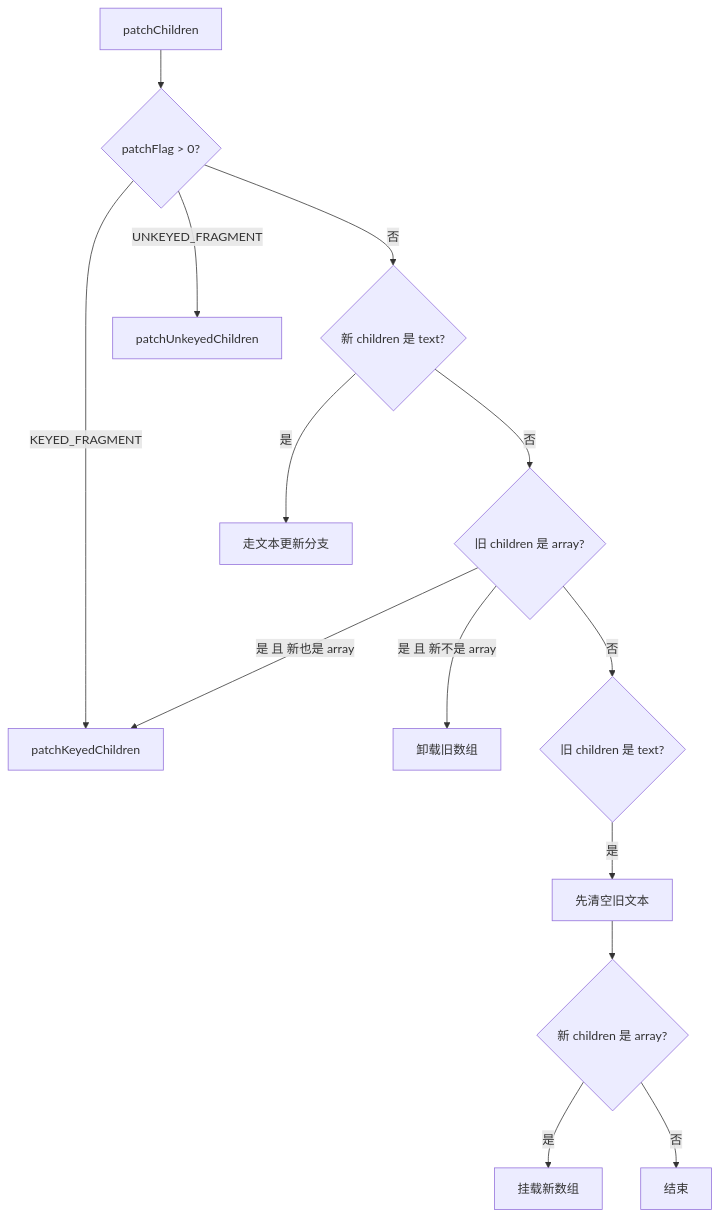
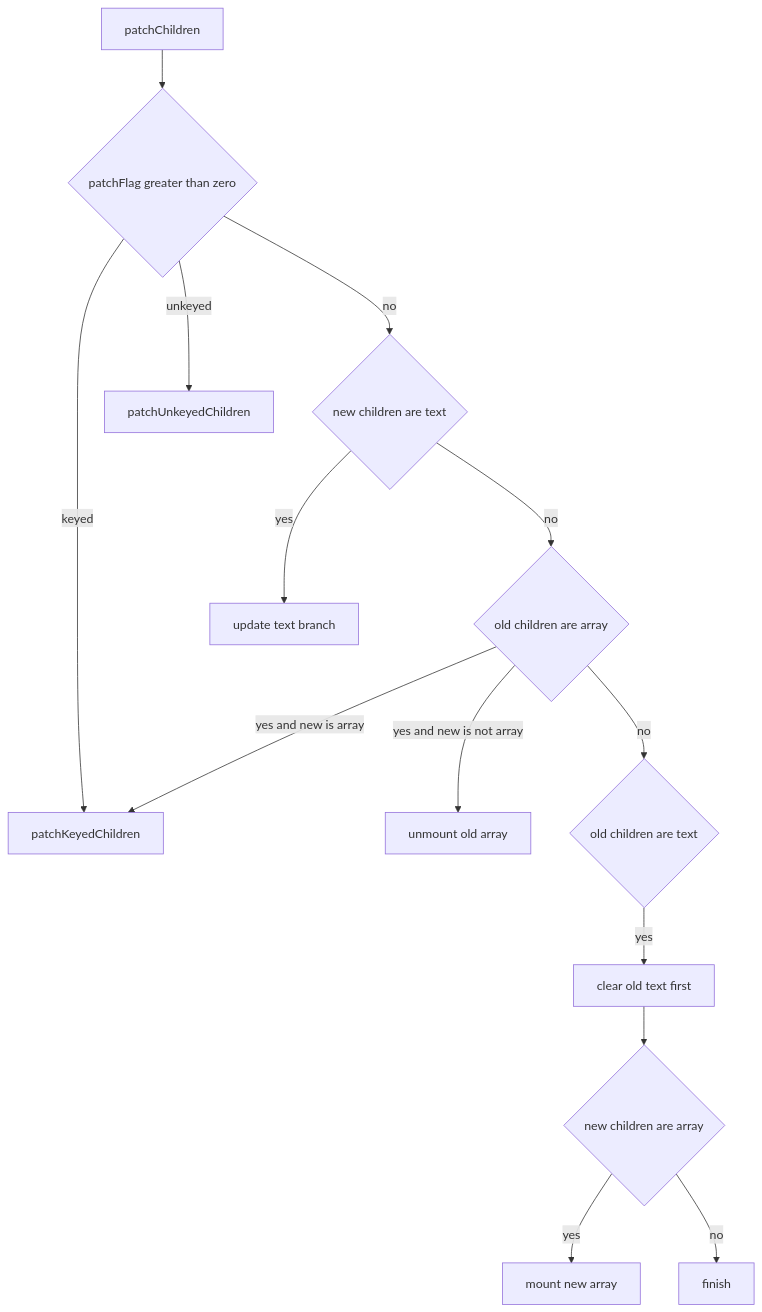
The diagram in docs/vue/source/runtime-core/diff-algorithm-source-walkthrough.md (Tajigaqzh/front_basic), drawn with Mermaid before and after one commit. The commit also changed 11 other files, not shown here.

````diff
--- a/docs/vue/source/runtime-core/diff-algorithm-source-walkthrough.md
+++ b/docs/vue/source/runtime-core/diff-algorithm-source-walkthrough.md
@@ -70,16 +70,16 @@
 ```mermaid
 flowchart TD
-  A[patchChildren] --> B{patchFlag > 0?}
-  B -- KEYED_FRAGMENT --> C[patchKeyedChildren]
-  B -- UNKEYED_FRAGMENT --> D[patchUnkeyedChildren]
-  B -- 否 --> E{新 children 是 text?}
-  E -- 是 --> F[走文本更新分支]
-  E -- 否 --> G{旧 children 是 array?}
-  G -- 是 且 新也是 array --> C
-  G -- 是 且 新不是 array --> H[卸载旧数组]
-  G -- 否 --> I{旧 children 是 text?}
-  I -- 是 --> J[先清空旧文本]
-  J --> K{新 children 是 array?}
-  K -- 是 --> L[挂载新数组]
-  K -- 否 --> M[结束]
+  A["patchChildren"] --> B{"patchFlag greater than zero"}
+  B -- keyed --> C["patchKeyedChildren"]
+  B -- unkeyed --> D["patchUnkeyedChildren"]
+  B -- no --> E{"new children are text"}
+  E -- yes --> F["update text branch"]
+  E -- no --> G{"old children are array"}
+  G -- yes and new is array --> C
+  G -- yes and new is not array --> H["unmount old array"]
+  G -- no --> I{"old children are text"}
+  I -- yes --> J["clear old text first"]
+  J --> K{"new children are array"}
+  K -- yes --> L["mount new array"]
+  K -- no --> M["finish"]
 ```
````
